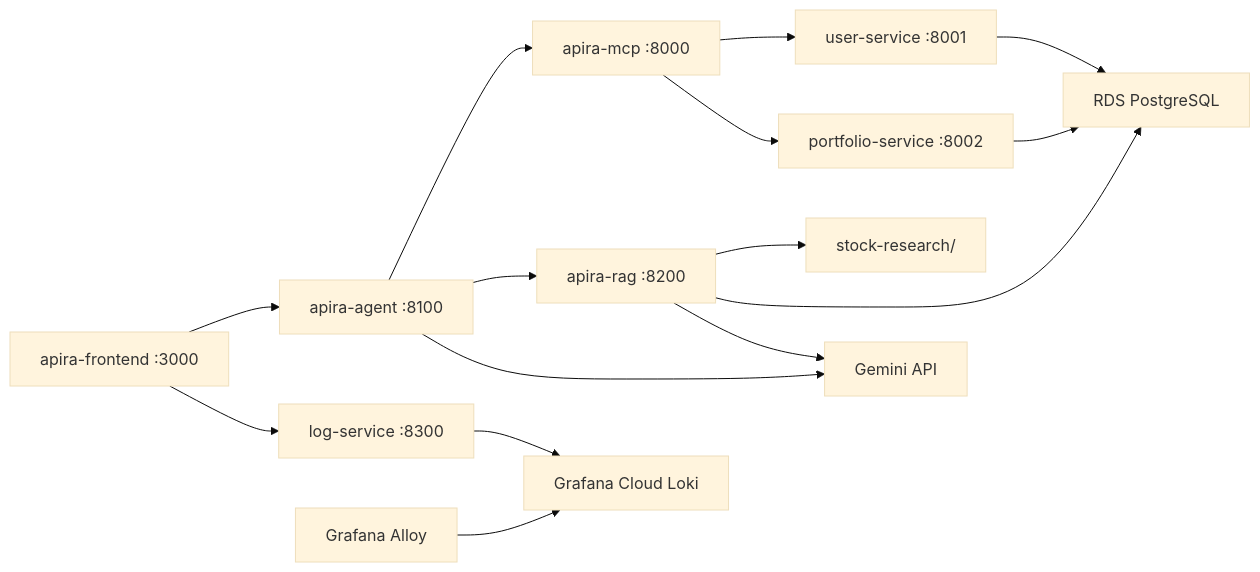
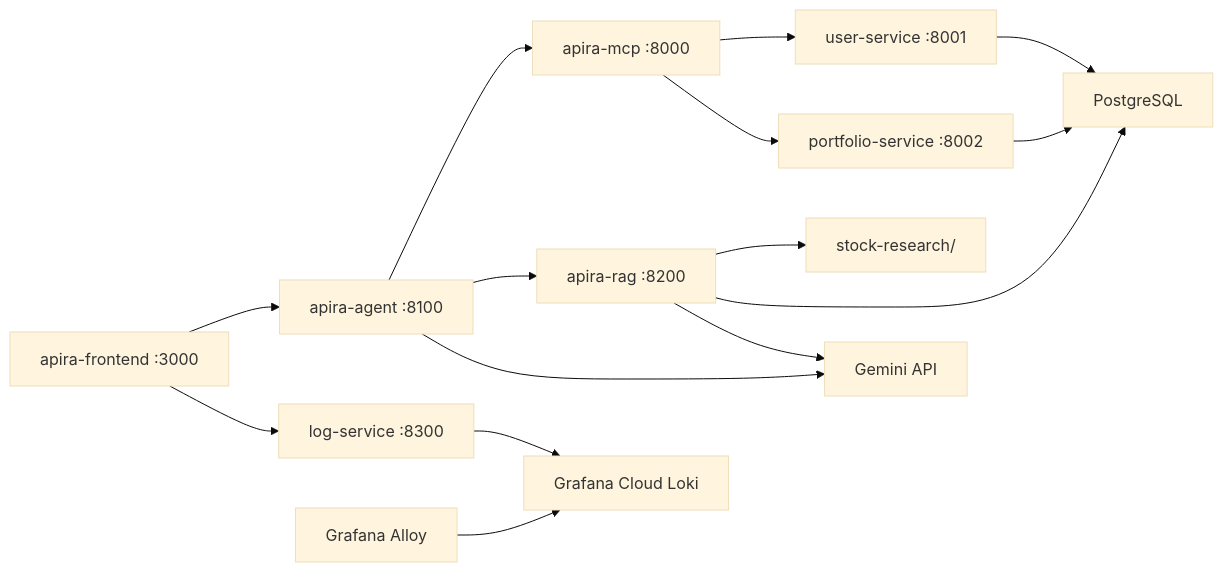
Before and after one commit to KMeltzer24/apira: the diagram in docs/architecture.md, drawn with Mermaid (base theme). The commit also changed other lines of this file and 14 other files, not shown here.

````diff
--- a/docs/architecture.md
+++ b/docs/architecture.md
@@ -5,17 +5,17 @@
 ```mermaid
 flowchart LR
     Frontend["apira-frontend :3000"] --> Agent["apira-agent :8100"]
     Frontend --> LogService["log-service :8300"]
     Agent --> BackendMCP["apira-mcp :8000"]
     Agent --> RagMCP["apira-rag :8200"]
     BackendMCP --> User["user-service :8001"]
     BackendMCP --> Portfolio["portfolio-service :8002"]
-    User --> RDS["RDS PostgreSQL"]
-    Portfolio --> RDS
+    User --> Postgres["PostgreSQL"]
+    Portfolio --> Postgres
     RagMCP --> Corpus["stock-research/"]
-    RagMCP --> RDS
+    RagMCP --> Postgres
     Agent --> Gemini["Gemini API"]
     RagMCP --> Gemini
     LogService --> Loki["Grafana Cloud Loki"]
     Alloy["Grafana Alloy"] --> Loki
 ```
````
